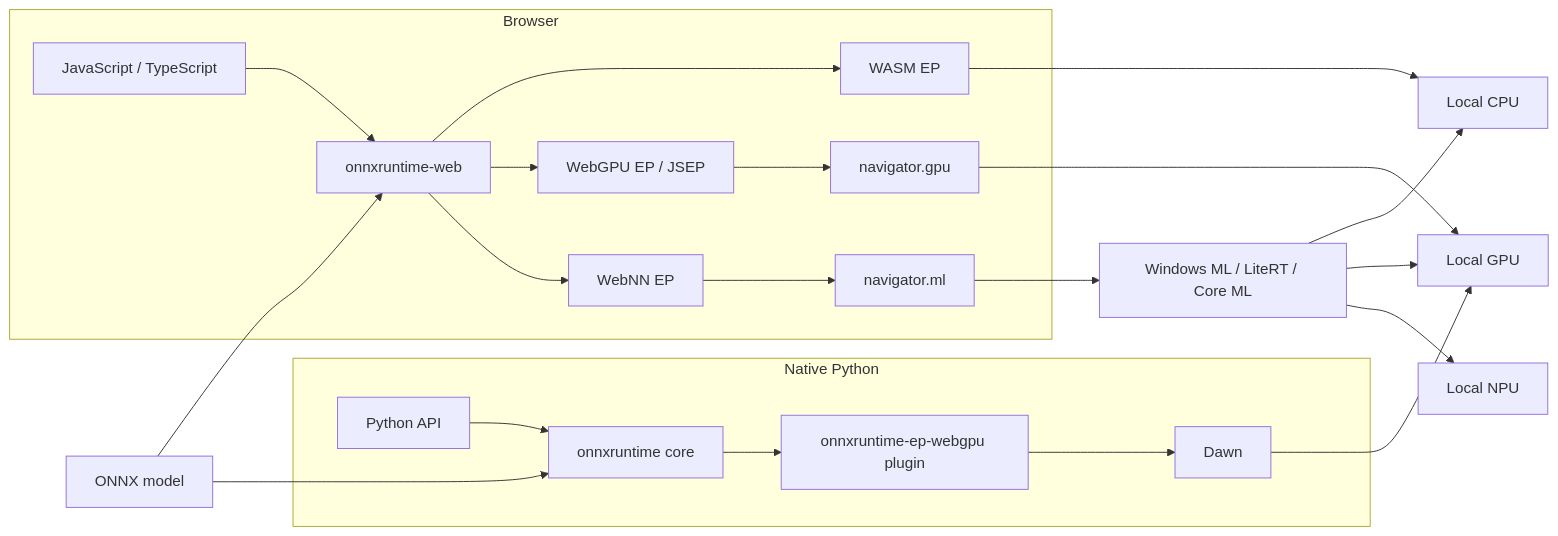
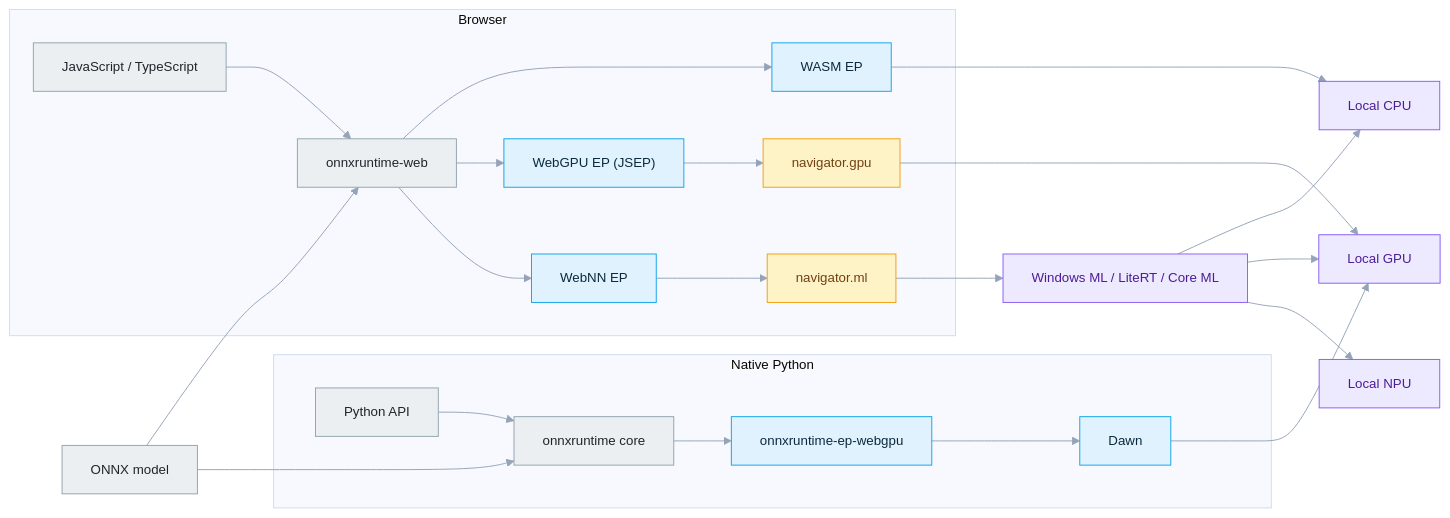
The second of 7 diagrams in WebGPU/README.md (DakeQQ/Tutorial-ONNX-Runtime-Execution-Providers), drawn with Mermaid before and after one commit. The commit also changed other lines of this file and 15 other files, not shown here.

````diff
--- a/WebGPU/README.md
+++ b/WebGPU/README.md
@@ -54,35 +100,44 @@
 ```mermaid
+%%{init: {"theme":"base","themeVariables":{"fontSize":"14px","lineColor":"#94a3b8","edgeLabelBackground":"#e2e8f0","primaryTextColor":"#1e293b"}}}%%
 flowchart LR
-    M[ONNX model]
-    subgraph Browser
-      JS[JavaScript / TypeScript]
-      ORTW[onnxruntime-web]
-      WASM[WASM EP]
-      WGPU[WebGPU EP / JSEP]
-      WNN[WebNN EP]
-      NAVGPU[navigator.gpu]
-      NAVML[navigator.ml]
+    M["ONNX model"]
+    subgraph BR["Browser"]
+      JS["JavaScript / TypeScript"]
+      ORTW["onnxruntime-web"]
+      WASM["WASM EP"]
+      WGPU["WebGPU EP (JSEP)"]
+      WNN["WebNN EP"]
+      NAVGPU["navigator.gpu"]
+      NAVML["navigator.ml"]
     end
-    subgraph NativePython[Native Python]
-      PY[Python API]
-      ORT[onnxruntime core]
-      PLUGIN[onnxruntime-ep-webgpu plugin]
-      DAWN[Dawn]
+    subgraph NP["Native Python"]
+      PY["Python API"]
+      ORT["onnxruntime core"]
+      PLUGIN["onnxruntime-ep-webgpu"]
+      DAWN["Dawn"]
     end
-    CPU[Local CPU]
-    GPU[Local GPU]
-    NPU[Local NPU]
-    OSML[Windows ML / LiteRT / Core ML]
+    CPU["Local CPU"]
+    GPU["Local GPU"]
+    NPU["Local NPU"]
+    OSML["Windows ML / LiteRT / Core ML"]
 
     M --> ORTW
     JS --> ORTW
     ORTW --> WASM --> CPU
     ORTW --> WGPU --> NAVGPU --> GPU
     ORTW --> WNN --> NAVML --> OSML
     OSML --> CPU
     OSML --> GPU
     OSML --> NPU
-
     M --> ORT
     PY --> ORT --> PLUGIN --> DAWN --> GPU
+
+    classDef leaf fill:#eceff1,stroke:#90a4ae,color:#20242b;
+    classDef step fill:#e0f2fe,stroke:#0ea5e9,color:#0c2a3d;
+    classDef dec fill:#fef3c7,stroke:#f59e0b,color:#713f12;
+    classDef dev fill:#ede9fe,stroke:#8b5cf6,color:#4c1d95;
+    class M,JS,ORTW,PY,ORT leaf;
+    class WASM,WGPU,WNN,PLUGIN,DAWN step;
+    class NAVGPU,NAVML dec;
+    class CPU,GPU,NPU,OSML dev;
 ```
````
